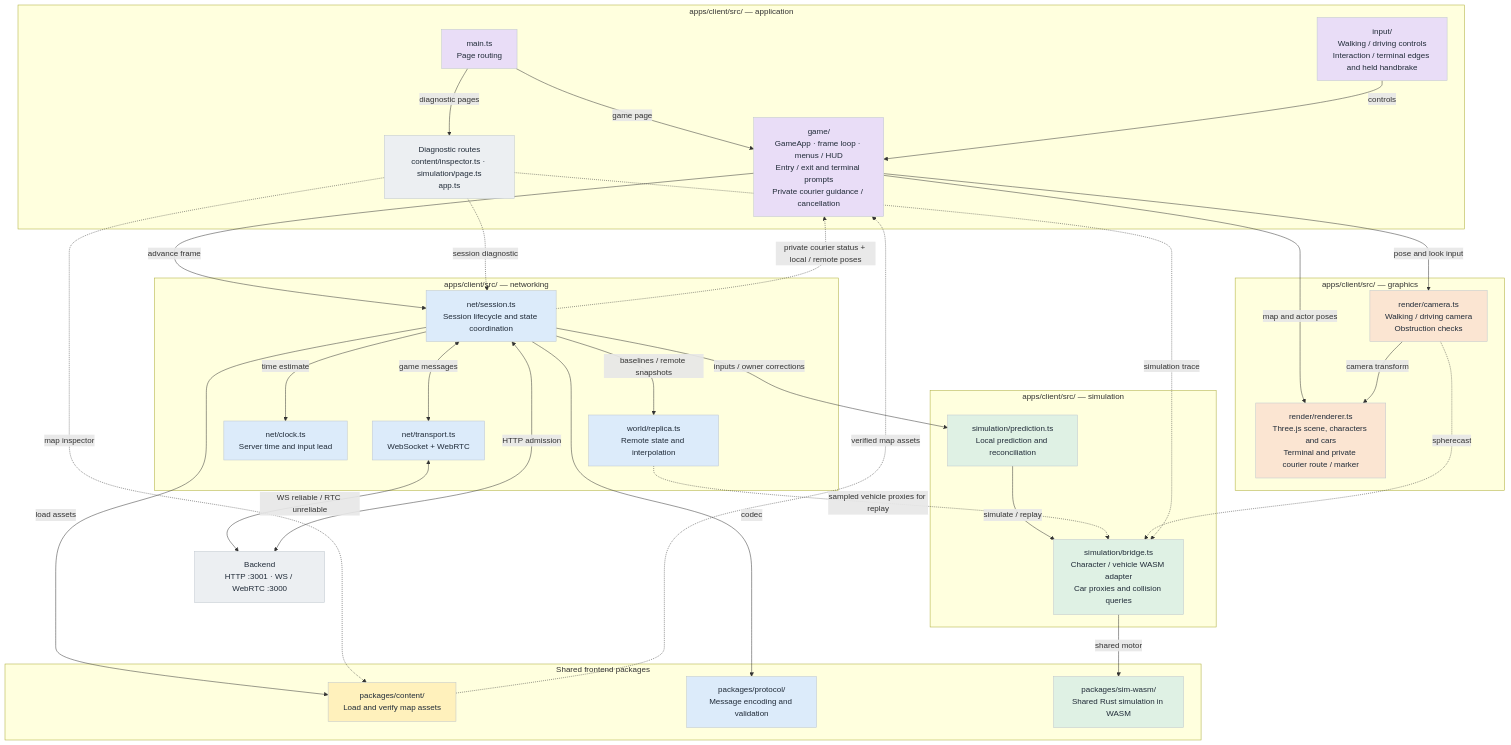
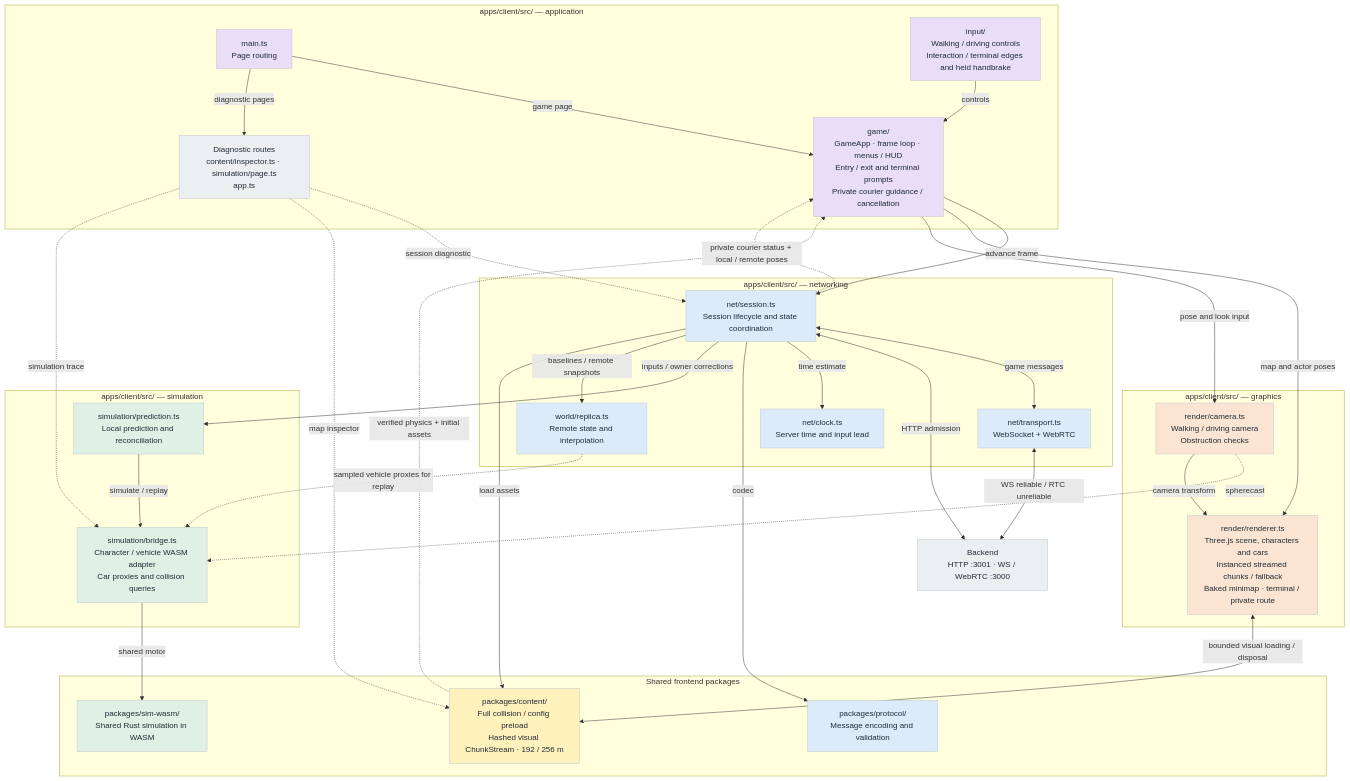
One commit to harveynw/browser-sandbox-game changed the diagram in docs/diagrams/frontend.mmd. Above: the diagram before and after it, drawn with Mermaid. The commit also changed 105 other files, not shown here.

Commit message:
Complete T12 full city and streamed content kit

```diff
--- a/docs/diagrams/frontend.mmd
+++ b/docs/diagrams/frontend.mmd
@@ -1,63 +1,64 @@
-%% Frontend module system — current implementation through T11.
+%% Frontend module system — current implementation through T12.
 %% Update with module, ownership, transport or data-flow changes.
 %% Purple: orchestration; blue: networking; green: simulation;
 %% orange: graphics; yellow: content; grey: diagnostics/external.
 flowchart TD
   subgraph group_0["apps/client/src/ — application"]
     main["main.ts<br/>Page routing"]:::app
     game["game/<br/>GameApp · frame loop · menus / HUD<br/>Entry / exit and terminal prompts<br/>Private courier guidance / cancellation"]:::app
     input["input/<br/>Walking / driving controls<br/>Interaction / terminal edges and held handbrake"]:::app
     tools["Diagnostic routes<br/>content/inspector.ts · simulation/page.ts<br/>app.ts"]:::other
   end
   subgraph group_1["apps/client/src/ — networking"]
     session["net/session.ts<br/>Session lifecycle and state coordination"]:::net
     transport["net/transport.ts<br/>WebSocket + WebRTC"]:::net
     clock["net/clock.ts<br/>Server time and input lead"]:::net
     replica["world/replica.ts<br/>Remote state and interpolation"]:::net
   end
   subgraph group_2["apps/client/src/ — simulation"]
     prediction["simulation/prediction.ts<br/>Local prediction and reconciliation"]:::sim
     bridge["simulation/bridge.ts<br/>Character / vehicle WASM adapter<br/>Car proxies and collision queries"]:::sim
   end
   subgraph group_3["apps/client/src/ — graphics"]
-    renderer["render/renderer.ts<br/>Three.js scene, characters and cars<br/>Terminal and private courier route / marker"]:::gfx
+    renderer["render/renderer.ts<br/>Three.js scene, characters and cars<br/>Instanced streamed chunks / fallback<br/>Baked minimap · terminal / private route"]:::gfx
     camera["render/camera.ts<br/>Walking / driving camera<br/>Obstruction checks"]:::gfx
   end
   subgraph group_4["Shared frontend packages"]
-    content["packages/content/<br/>Load and verify map assets"]:::content
+    content["packages/content/<br/>Full collision / config preload<br/>Hashed visual ChunkStream · 192 / 256 m"]:::content
     protocol["packages/protocol/<br/>Message encoding and validation"]:::net
     wasm["packages/sim-wasm/<br/>Shared Rust simulation in WASM"]:::sim
   end
     backend["Backend<br/>HTTP :3001 · WS / WebRTC :3000"]:::other
 
   main -->|"game page"| game
   main -->|"diagnostic pages"| tools
   input -->|"controls"| game
   game -->|"advance frame"| session
   session <-->|"game messages"| transport
   transport <-->|"WS reliable / RTC unreliable"| backend
   session <-->|"HTTP admission"| backend
   session -->|"time estimate"| clock
   session -->|"codec"| protocol
   session -->|"inputs / owner corrections"| prediction
   prediction -->|"simulate / replay"| bridge
   bridge -->|"shared motor"| wasm
   session -->|"baselines / remote snapshots"| replica
   replica -.->|"sampled vehicle proxies for replay"| bridge
   session -->|"load assets"| content
-  content -.->|"verified map assets"| game
+  content -.->|"verified physics + initial assets"| game
+  renderer <-->|"bounded visual loading / disposal"| content
   session -.->|"private courier status + local / remote poses"| game
   game -->|"map and actor poses"| renderer
   game -->|"pose and look input"| camera
   camera -.->|"spherecast"| bridge
   camera -->|"camera transform"| renderer
   tools -.->|"session diagnostic"| session
   tools -.->|"map inspector"| content
   tools -.->|"simulation trace"| bridge
 
   classDef app fill:#E9DDF7,stroke:#BDC5CE,color:#202B38
   classDef net fill:#DCEBFA,stroke:#BDC5CE,color:#202B38
   classDef sim fill:#DFF1E4,stroke:#BDC5CE,color:#202B38
   classDef gfx fill:#FBE5D2,stroke:#BDC5CE,color:#202B38
   classDef content fill:#FFF1BC,stroke:#BDC5CE,color:#202B38
   classDef other fill:#ECEFF2,stroke:#BDC5CE,color:#202B38
```
